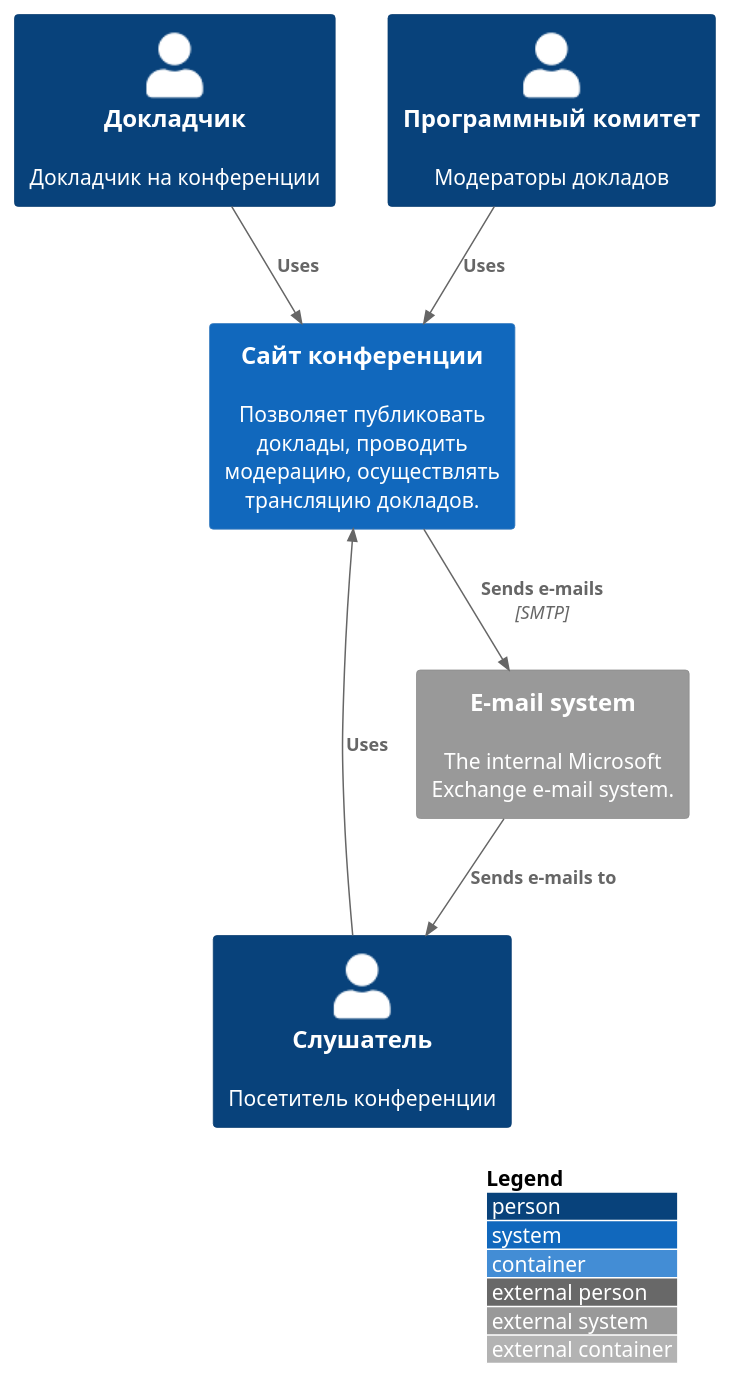
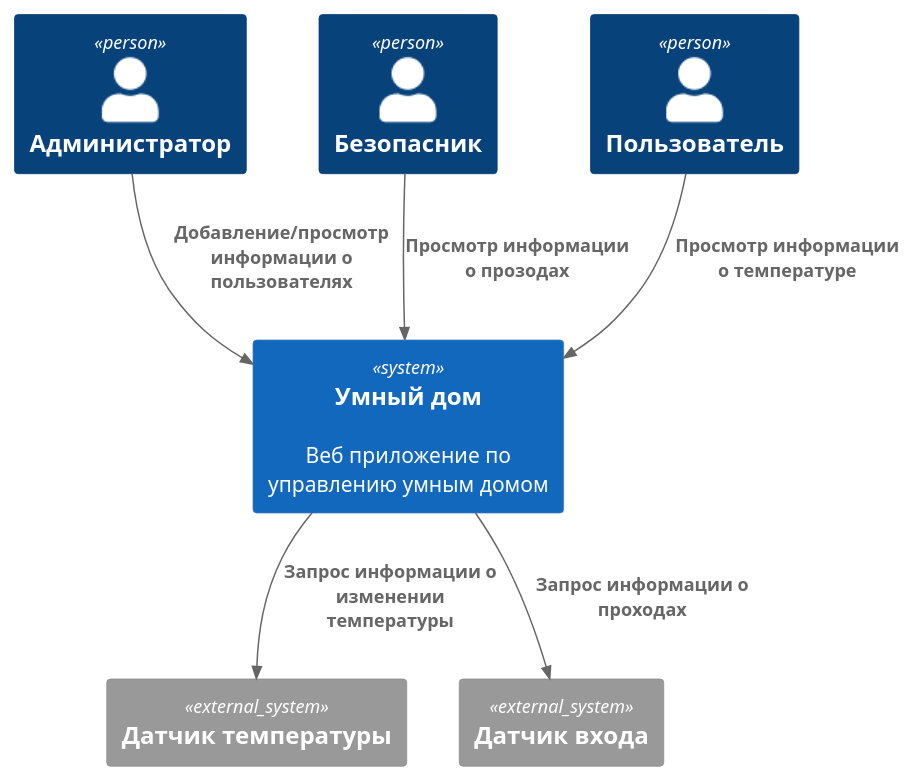
Before and after one commit to Shogun-1/conferences-arch: the diagram in !template/context.md, drawn with PlantUML. The commit also changed other lines of this file and 2 other files, not shown here.

````diff
--- a/!template/context.md
+++ b/!template/context.md
@@ -5,22 +4,23 @@
 ```plantuml
 @startuml
 !include https://raw.githubusercontent.com/plantuml-stdlib/C4-PlantUML/master/C4_Container.puml
 
-LAYOUT_WITH_LEGEND()
+Person(admin, "Администратор")
+Person(security, "Безопасник")
+Person(user, "Пользователь")
 
-Person(speaker, "Докладчик", "Докладчик на конференции")
-Person(client, "Слушатель", "Посетитель конференции")
-Person(moderator, "Программный комитет", "Модераторы докладов")
-
-System(cnf, "Сайт конференции", "Позволяет публиковать доклады, проводить модерацию, осуществлять трансляцию докладов.")
-System_Ext(es, "E-mail system", "The internal Microsoft Exchange e-mail system.")
+System(smart_house, "Умный дом", "Веб приложение по управлению умным домом")
+System_Ext(temp,"Датчик температуры")
+System_Ext(door,"Датчик входа")
 
 
-Rel(speaker, cnf, "Uses")
-Rel(client, cnf, "Uses")
-Rel(moderator, cnf, "Uses")
-Rel(es, client, "Sends e-mails to")
-Rel(cnf, es, "Sends e-mails", "SMTP")
+Rel(admin, smart_house, "Добавление/просмотр информации о пользователях")
+Rel(security, smart_house,"Просмотр информации о прозодах")
+Rel(user, smart_house,"Просмотр информации о температуре")
+
+Rel_D(smart_house,temp,"Запрос информации о изменении температуры")
+Rel_D(smart_house,door,"Запрос информации о проходах")
+
 
 @enduml
 ```
````
